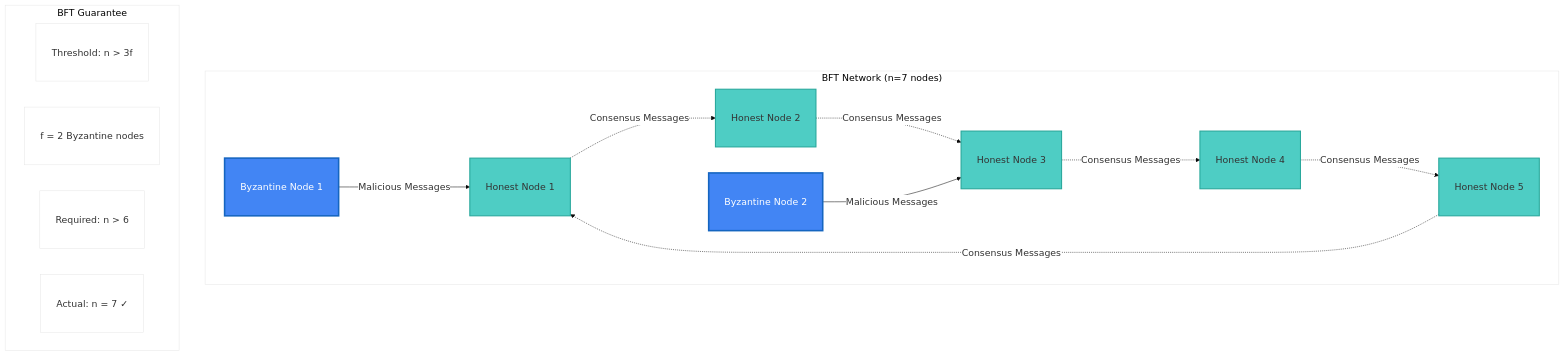
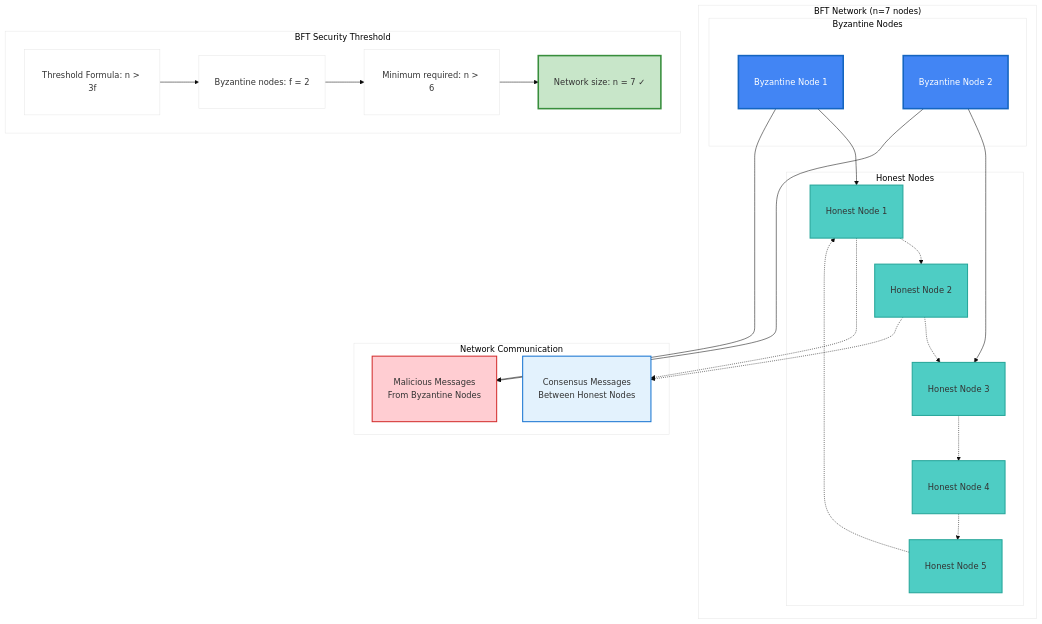
One commit to shapkarin/shapkarin.me changed the first of 24 diagrams in public/api/articles/byzantine-fault-tolerance.md. Above: the diagram before and after it, drawn with Mermaid. The commit also changed other lines of this file and 4 other files, not shown here.

````diff
--- a/public/api/articles/byzantine-fault-tolerance.md
+++ b/public/api/articles/byzantine-fault-tolerance.md
@@ -100,37 +101,59 @@
 ```mermaid
-%%{init: {'theme':'base', 'themeVariables': {'primaryColor':'#ffffff', 'fontSize':'18px'}}}%%
-graph TB
+%%{init: {'theme':'base', 'themeVariables': {'primaryColor':'#ffffff', 'fontSize':'16px'}}}%%
+flowchart TD
     subgraph "BFT Network (n=7 nodes)"
-        N1["<br/>Honest Node 1<br/><br/>"]
-        N2["<br/>Honest Node 2<br/><br/>"]
-        N3["<br/>Honest Node 3<br/><br/>"]
-        N4["<br/>Honest Node 4<br/><br/>"]
-        N5["<br/>Honest Node 5<br/><br/>"]
-        B1["<br/>Byzantine Node 1<br/><br/>"]
-        B2["<br/>Byzantine Node 2<br/><br/>"]
+        subgraph "Honest Nodes"
+            N1["<br/>Honest Node 1<br/><br/>"]
+            N2["<br/>Honest Node 2<br/><br/>"]
+            N3["<br/>Honest Node 3<br/><br/>"]
+            N4["<br/>Honest Node 4<br/><br/>"]
+            N5["<br/>Honest Node 5<br/><br/>"]
+        end
+        
+        subgraph "Byzantine Nodes"
+            B1["<br/>Byzantine Node 1<br/><br/>"]
+            B2["<br/>Byzantine Node 2<br/><br/>"]
+        end
     end
     
-    subgraph "BFT Guarantee"
-        TH["<br/>Threshold: n > 3f<br/><br/>"]
-        EX["<br/>f = 2 Byzantine nodes<br/><br/>"]
-        RQ["<br/>Required: n > 6<br/><br/>"]
-        AC["<br/>Actual: n = 7 ✓<br/><br/>"]
+    subgraph "BFT Security Threshold"
+        TH["<br/>Threshold Formula: n > 3f<br/><br/>"]
+        EX["<br/>Byzantine nodes: f = 2<br/><br/>"]
+        RQ["<br/>Minimum required: n > 6<br/><br/>"]
+        AC["<br/>Network size: n = 7 ✓<br/><br/>"]
     end
     
-    N1 -.->|"Consensus Messages"| N2
-    N2 -.->|"Consensus Messages"| N3
-    N3 -.->|"Consensus Messages"| N4
-    N4 -.->|"Consensus Messages"| N5
-    N5 -.->|"Consensus Messages"| N1
+    subgraph "Network Communication"
+        CM["<br/>Consensus Messages<br/>Between Honest Nodes<br/><br/>"]
+        MM["<br/>Malicious Messages<br/>From Byzantine Nodes<br/><br/>"]
+    end
     
-    B1 -->|"Malicious Messages"| N1
-    B2 -->|"Malicious Messages"| N3
+    N1 -.-> N2
+    N2 -.-> N3
+    N3 -.-> N4
+    N4 -.-> N5
+    N5 -.-> N1
+    
+    B1 --> N1
+    B2 --> N3
+    
+    N1 -.-> CM
+    N2 -.-> CM
+    B1 --> MM
+    B2 --> MM
+    
+    TH --> EX
+    EX --> RQ
+    RQ --> AC
     
     style B1 fill:#4285f4,stroke:#1565c0,stroke-width:3px,color:#ffffff
     style B2 fill:#4285f4,stroke:#1565c0,stroke-width:3px,color:#ffffff
     style N1 fill:#4ecdc4,stroke:#26a69a,stroke-width:2px
     style N2 fill:#4ecdc4,stroke:#26a69a,stroke-width:2px
     style N3 fill:#4ecdc4,stroke:#26a69a,stroke-width:2px
     style N4 fill:#4ecdc4,stroke:#26a69a,stroke-width:2px
     style N5 fill:#4ecdc4,stroke:#26a69a,stroke-width:2px
+    style AC fill:#c8e6c9,stroke:#388e3c,stroke-width:3px
+    style CM fill:#e3f2fd,stroke:#1976d2,stroke-width:2px
+    style MM fill:#ffcdd2,stroke:#d32f2f,stroke-width:2px
 ```
````
